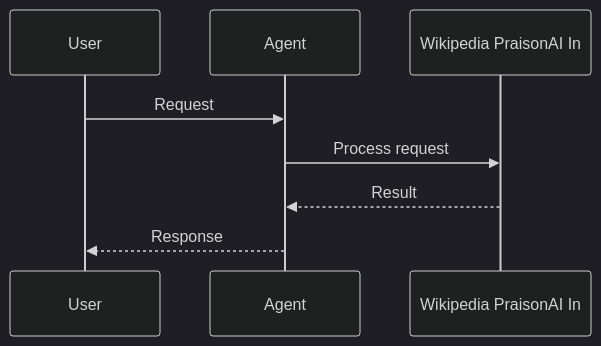
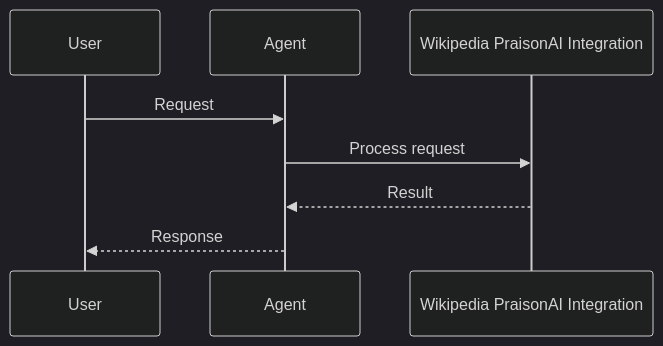
Before and after one commit to MervinPraison/PraisonAIDocs: the second of 2 diagrams in docs/tools/wikipedia.mdx, drawn with Mermaid (dark theme). The commit also changed 45 other files, not shown here.

First line of the commit message:
docs: fix truncated Mermaid diagram feature names (22-char cutoff)

````diff
--- a/docs/tools/wikipedia.mdx
+++ b/docs/tools/wikipedia.mdx
@@ -34,11 +34,11 @@
 ```mermaid
 sequenceDiagram
     participant User
     participant Agent
-    participant Feature as Wikipedia PraisonAI In
+    participant Feature as Wikipedia PraisonAI Integration
 
     User->>Agent: Request
     Agent->>Feature: Process request
     Feature-->>Agent: Result
     Agent-->>User: Response
 ```
````
